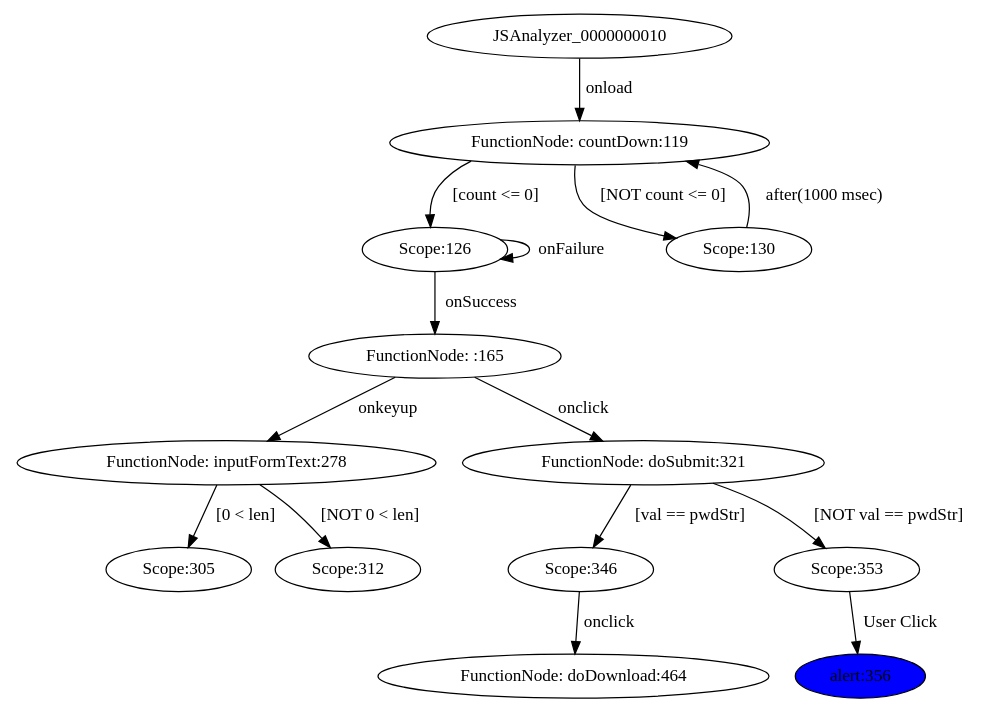
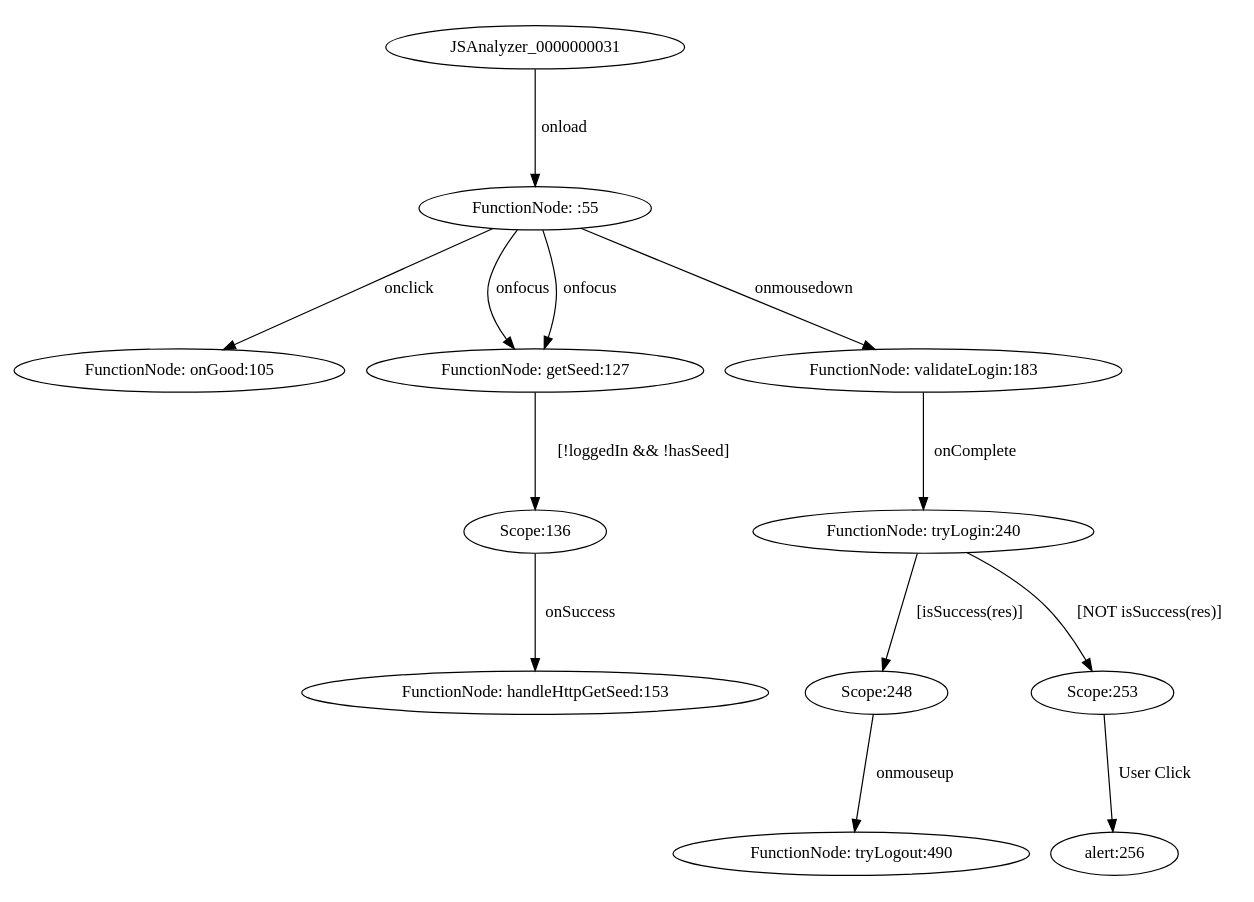
The diagram in projects/test2/model/acg.dot (mzw/JSAnalyzer), drawn with Graphviz before and after one commit. The commit also changed 94 other files, not shown here.

```diff
--- a/projects/test2/model/acg.dot
+++ b/projects/test2/model/acg.dot
@@ -1,31 +1,28 @@
 digraph CallGraph {
 size="15.0,10.0";
 ratio="0.75";
-JSAnalyzer_0000000010;
-JSAnalyzer_0000000119[label="FunctionNode: countDown:119"];
-JSAnalyzer_0000000126[label="Scope:126"];
-JSAnalyzer_0000000130[label="Scope:130"];
-JSAnalyzer_0000000165[label="FunctionNode: :165"];
-JSAnalyzer_0000000278[label="FunctionNode: inputFormText:278"];
-JSAnalyzer_0000000305[label="Scope:305"];
-JSAnalyzer_0000000312[label="Scope:312"];
-JSAnalyzer_0000000321[label="FunctionNode: doSubmit:321"];
-JSAnalyzer_0000000346[label="Scope:346"];
-JSAnalyzer_0000000353[label="Scope:353"];
-JSAnalyzer_0000000464[label="FunctionNode: doDownload:464"];
-JSAnalyzer_0000000356[label="alert:356", style="filled", fillcolor="blue"];
-JSAnalyzer_0000000119 -> JSAnalyzer_0000000126[label="[count <= 0]"];
-JSAnalyzer_0000000119 -> JSAnalyzer_0000000130[label="[NOT count <= 0]"];
-JSAnalyzer_0000000278 -> JSAnalyzer_0000000305[label="[0 < len]"];
-JSAnalyzer_0000000278 -> JSAnalyzer_0000000312[label="[NOT 0 < len]"];
-JSAnalyzer_0000000321 -> JSAnalyzer_0000000346[label="[val == pwdStr]"];
-JSAnalyzer_0000000321 -> JSAnalyzer_0000000353[label="[NOT val == pwdStr]"];
-JSAnalyzer_0000000010 -> JSAnalyzer_0000000119[label="onload"];
-JSAnalyzer_0000000130 -> JSAnalyzer_0000000119[label="after(1000 msec)"];
-JSAnalyzer_0000000126 -> JSAnalyzer_0000000165[label="onSuccess"];
-JSAnalyzer_0000000126 -> JSAnalyzer_0000000126[label="onFailure"];
-JSAnalyzer_0000000165 -> JSAnalyzer_0000000278[label="onkeyup"];
-JSAnalyzer_0000000165 -> JSAnalyzer_0000000321[label="onclick"];
-JSAnalyzer_0000000353 -> JSAnalyzer_0000000356[label="User Click"];
-JSAnalyzer_0000000346 -> JSAnalyzer_0000000464[label="onclick"];
+JSAnalyzer_0000000031;
+JSAnalyzer_0000000055[label="FunctionNode: :55"];
+JSAnalyzer_0000000105[label="FunctionNode: onGood:105"];
+JSAnalyzer_0000000127[label="FunctionNode: getSeed:127"];
+JSAnalyzer_0000000136[label="Scope:136"];
+JSAnalyzer_0000000153[label="FunctionNode: handleHttpGetSeed:153"];
+JSAnalyzer_0000000183[label="FunctionNode: validateLogin:183"];
+JSAnalyzer_0000000240[label="FunctionNode: tryLogin:240"];
+JSAnalyzer_0000000248[label="Scope:248"];
+JSAnalyzer_0000000253[label="Scope:253"];
+JSAnalyzer_0000000490[label="FunctionNode: tryLogout:490"];
+JSAnalyzer_0000000256[label="alert:256"];
+JSAnalyzer_0000000127 -> JSAnalyzer_0000000136[label="[!loggedIn && !hasSeed]"];
+JSAnalyzer_0000000240 -> JSAnalyzer_0000000248[label="[isSuccess(res)]"];
+JSAnalyzer_0000000240 -> JSAnalyzer_0000000253[label="[NOT isSuccess(res)]"];
+JSAnalyzer_0000000031 -> JSAnalyzer_0000000055[label="onload"];
+JSAnalyzer_0000000055 -> JSAnalyzer_0000000127[label="onfocus"];
+JSAnalyzer_0000000055 -> JSAnalyzer_0000000127[label="onfocus"];
+JSAnalyzer_0000000055 -> JSAnalyzer_0000000183[label="onmousedown"];
+JSAnalyzer_0000000055 -> JSAnalyzer_0000000105[label="onclick"];
+JSAnalyzer_0000000136 -> JSAnalyzer_0000000153[label="onSuccess"];
+JSAnalyzer_0000000183 -> JSAnalyzer_0000000240[label="onComplete"];
+JSAnalyzer_0000000253 -> JSAnalyzer_0000000256[label="User Click"];
+JSAnalyzer_0000000248 -> JSAnalyzer_0000000490[label="onmouseup"];
 }
```
